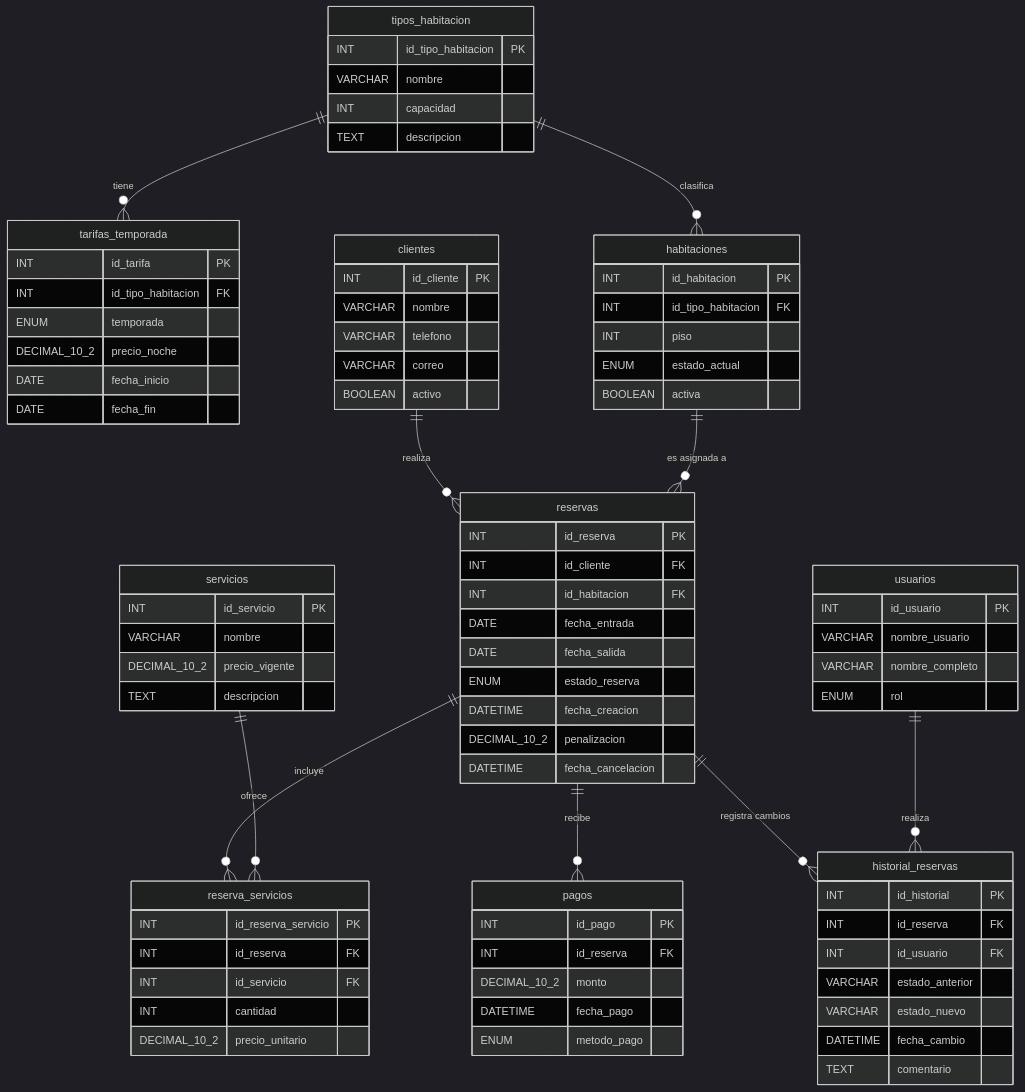
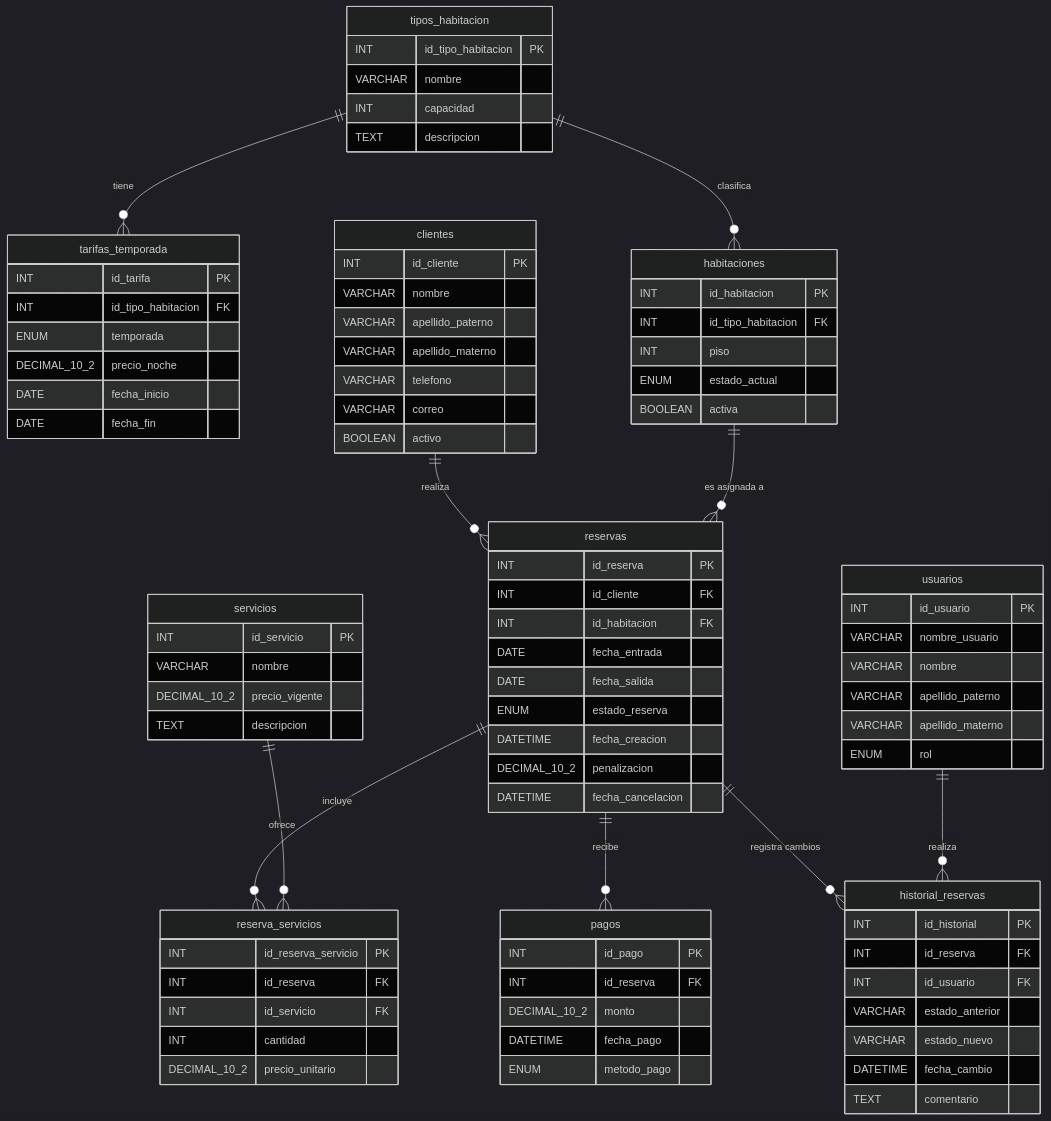
Before and after one commit to angel-monterrosas/DataBase_Proyect: the second of 2 diagrams in ER.md, drawn with Mermaid (dark theme). The commit also changed other lines of this file, not shown here.

```diff
--- a/ER.md
+++ b/ER.md
@@ -68,6 +159,8 @@
     clientes {
         INT id_cliente PK
         VARCHAR nombre
+        VARCHAR apellido_paterno
+        VARCHAR apellido_materno
         VARCHAR telefono
         VARCHAR correo
         BOOLEAN activo
@@ -111,7 +204,9 @@
     usuarios {
         INT id_usuario PK
         VARCHAR nombre_usuario
-        VARCHAR nombre_completo
+        VARCHAR nombre
+        VARCHAR apellido_paterno
+        VARCHAR apellido_materno
         ENUM rol
     }
     
```
